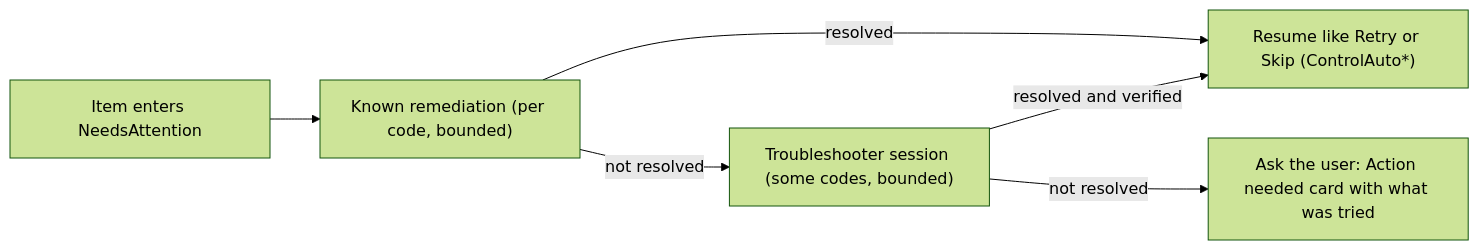
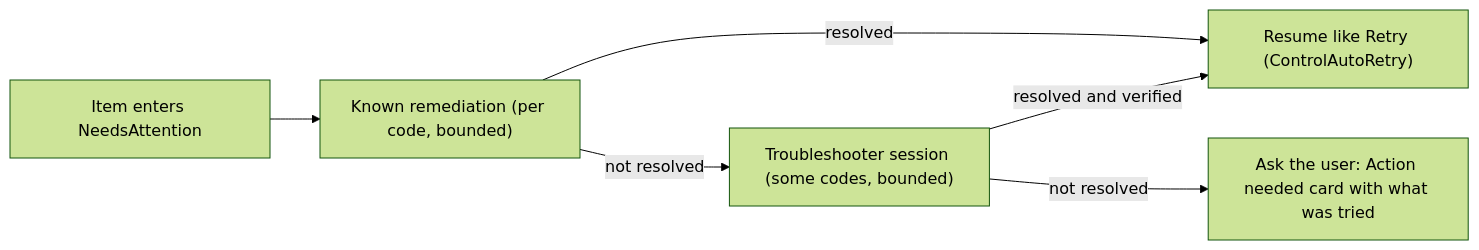
One commit to FlorianAlbert/WebDevLoop changed the seventh of 7 diagrams in docfx/developer-guide/run-lifecycle.md. Above: the diagram before and after it, drawn with Mermaid (forest theme). The commit also changed other lines of this file and 79 other files, not shown here.

````diff
--- a/docfx/developer-guide/run-lifecycle.md
+++ b/docfx/developer-guide/run-lifecycle.md
@@ -219,8 +218,8 @@
 ```mermaid
 flowchart LR
     E["Item enters NeedsAttention"] --> K["Known remediation (per code, bounded)"]
-    K -->|resolved| RES["Resume like Retry or Skip (ControlAuto*)"]
+    K -->|resolved| RES["Resume like Retry (ControlAutoRetry)"]
     K -->|not resolved| TS["Troubleshooter session (some codes, bounded)"]
     TS -->|resolved and verified| RES
     TS -->|not resolved| U["Ask the user: Action needed card with what was tried"]
 ```
````
